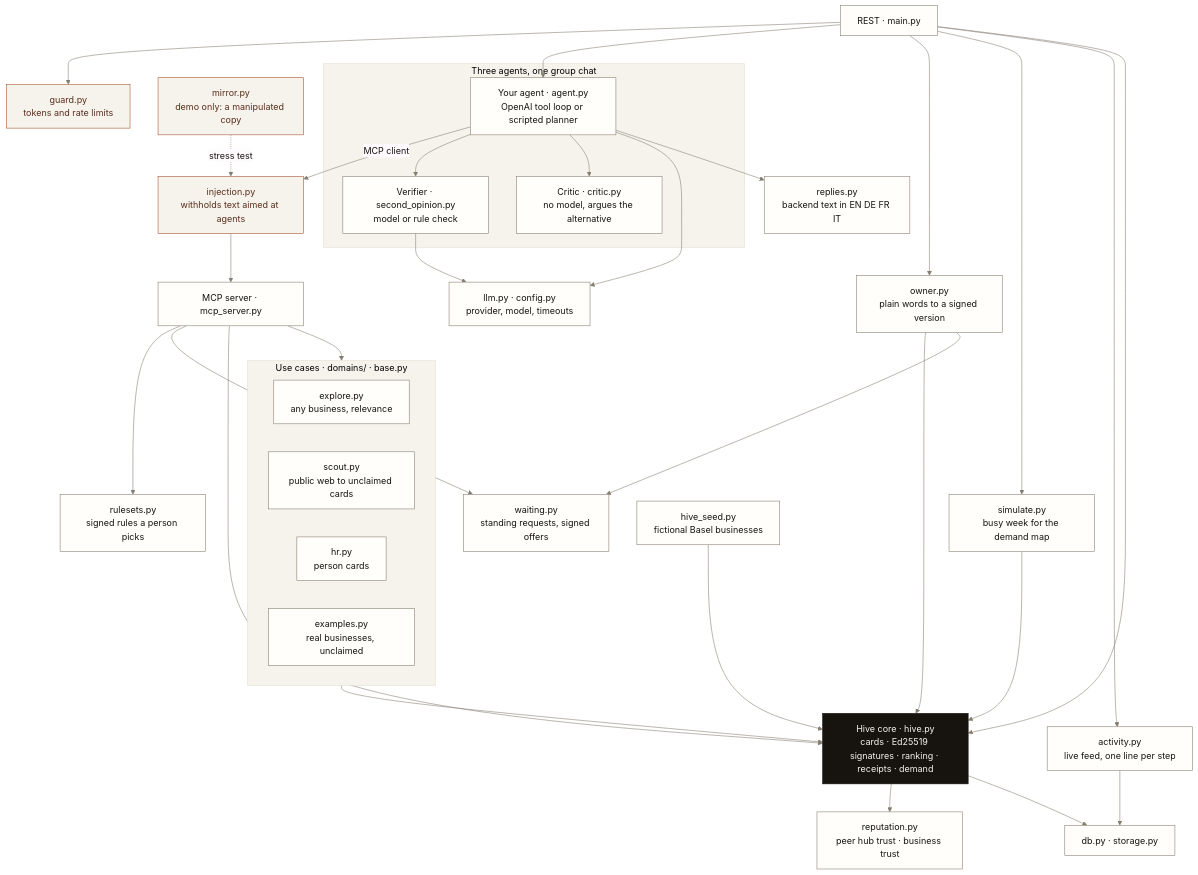
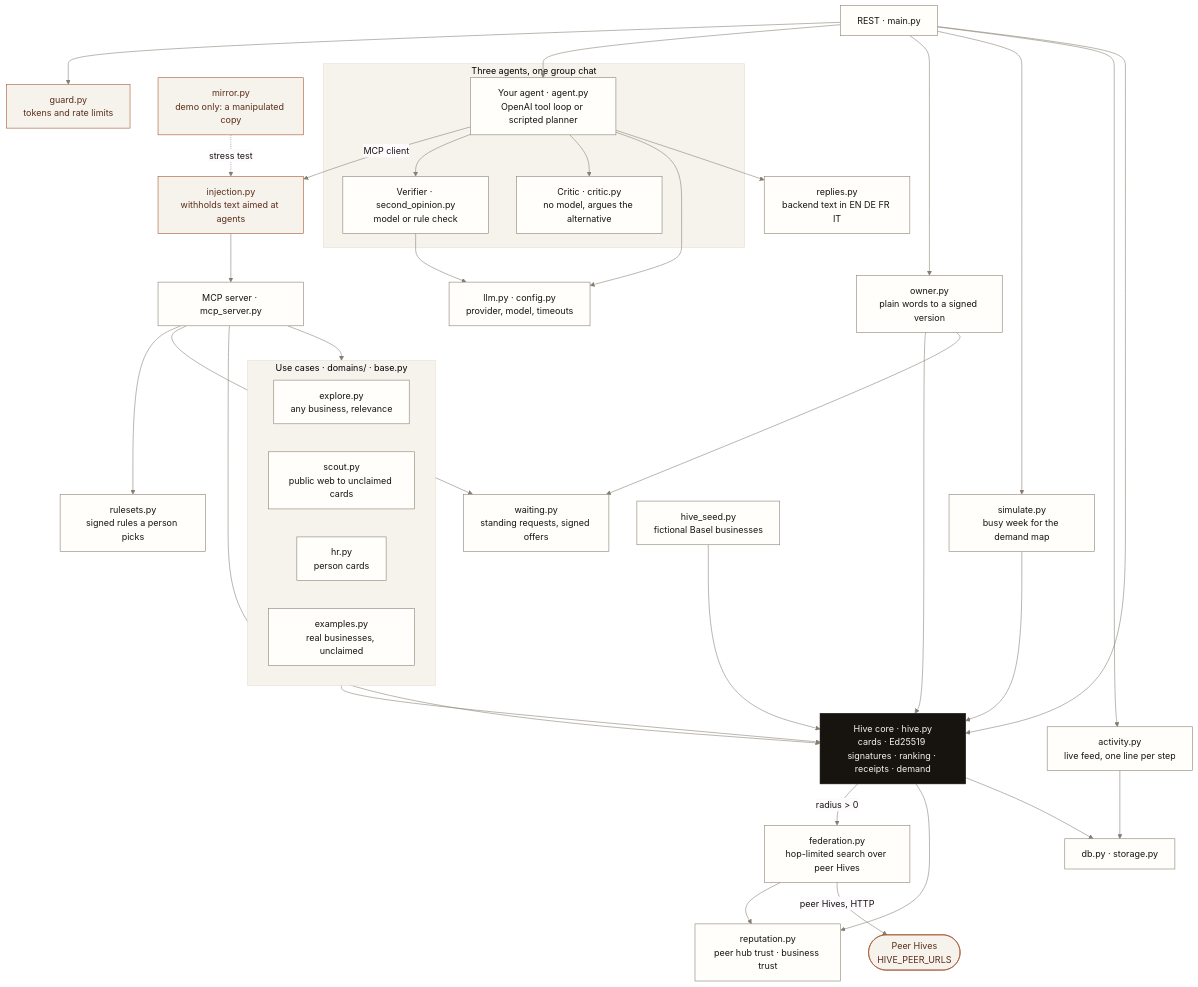
The second of 7 diagrams in documentation/DIAGRAMS.md (reactbias/Adobee-Hive), drawn with Mermaid before and after one commit. The commit also changed other lines of this file and 13 other files, not shown here.

````diff
--- a/documentation/DIAGRAMS.md
+++ b/documentation/DIAGRAMS.md
@@ -68,61 +68,64 @@
 ```mermaid
 %%{init: {"theme": "base", "themeVariables": {"primaryColor": "#fffefb", "primaryBorderColor": "#857c6f", "primaryTextColor": "#17140f", "lineColor": "#857c6f", "clusterBkg": "#f6f3ed", "clusterBorder": "#e4ded3", "noteBkgColor": "#f6f3ed", "noteBorderColor": "#e4ded3", "actorBkg": "#fffefb", "actorBorder": "#857c6f", "signalColor": "#4b443a", "signalTextColor": "#17140f", "fontFamily": "Helvetica, Arial, sans-serif"}}}%%
 flowchart TB
   classDef core fill:#17140f,stroke:#17140f,color:#f6f3ed
   classDef mod fill:#fffefb,stroke:#857c6f,color:#17140f
   classDef guard fill:#f6f3ed,stroke:#a24f2c,color:#5a2e1a
 
   REST[REST · main.py]:::mod
   MCP[MCP server · mcp_server.py]:::mod
 
   subgraph DOMAINS["Use cases · domains/ · base.py"]
     EXP[explore.py<br/>any business, relevance]:::mod
     SCT[scout.py<br/>public web to unclaimed cards]:::mod
     HR[hr.py<br/>person cards]:::mod
     EXM[examples.py<br/>real businesses, unclaimed]:::mod
   end
 
   subgraph AGENTS["Three agents, one group chat"]
     A[Your agent · agent.py<br/>OpenAI tool loop or scripted planner]:::mod
     V[Verifier · second_opinion.py<br/>model or rule check]:::mod
     C[Critic · critic.py<br/>no model, argues the alternative]:::mod
   end
 
   INJ[injection.py<br/>withholds text aimed at agents]:::guard
   MIR[mirror.py<br/>demo only: a manipulated copy]:::guard
   GRD[guard.py<br/>tokens and rate limits]:::guard
   LLM[llm.py · config.py<br/>provider, model, timeouts]:::mod
   RPL[replies.py<br/>backend text in EN DE FR IT]:::mod
   OWN[owner.py<br/>plain words to a signed version]:::mod
   WAIT[waiting.py<br/>standing requests, signed offers]:::mod
   RUL[rulesets.py<br/>signed rules a person picks]:::mod
   SIM[simulate.py<br/>busy week for the demand map]:::mod
   ACT[activity.py<br/>live feed, one line per step]:::mod
   HIVE[Hive core · hive.py<br/>cards · Ed25519 signatures · ranking · receipts · demand]:::core
+  FED[federation.py<br/>hop-limited search over peer Hives]:::mod
   REP[reputation.py<br/>peer hub trust · business trust]:::mod
   SEED[hive_seed.py<br/>fictional Basel businesses]:::mod
   DB[db.py · storage.py]:::mod
 
   REST --> GRD
   REST --> A
   A -->|MCP client| INJ --> MCP
   MIR -.->|stress test| INJ
   A --> V
   A --> C
   A --> LLM
   V --> LLM
   A --> RPL
   REST --> OWN --> HIVE
   OWN --> WAIT
   REST --> SIM --> HIVE
   REST --> ACT --> DB
   MCP --> DOMAINS
   MCP --> RUL
   MCP --> WAIT
   MCP --> HIVE
   DOMAINS --> HIVE
   REST --> HIVE
   SEED --> HIVE
+  HIVE -->|radius > 0| FED --> REP
+  FED -->|peer Hives, HTTP| PEERS([Peer Hives<br/>HIVE_PEER_URLS]):::guard
   HIVE --> REP
   HIVE --> DB
 ```
````
